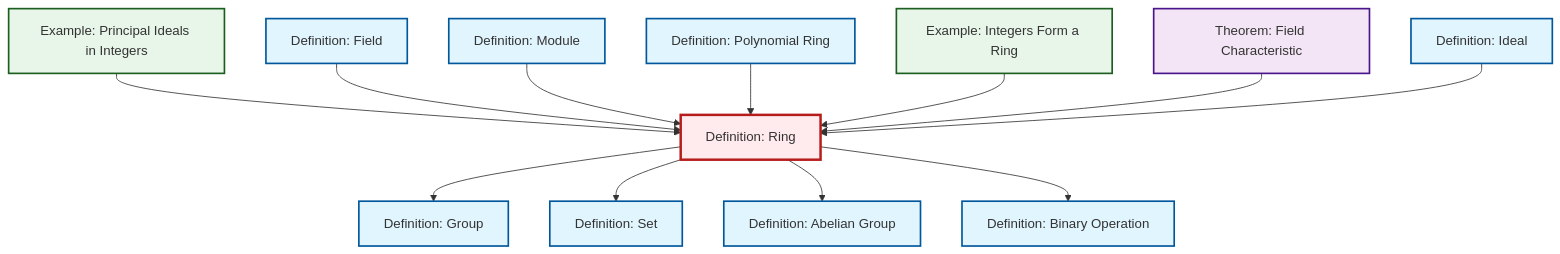
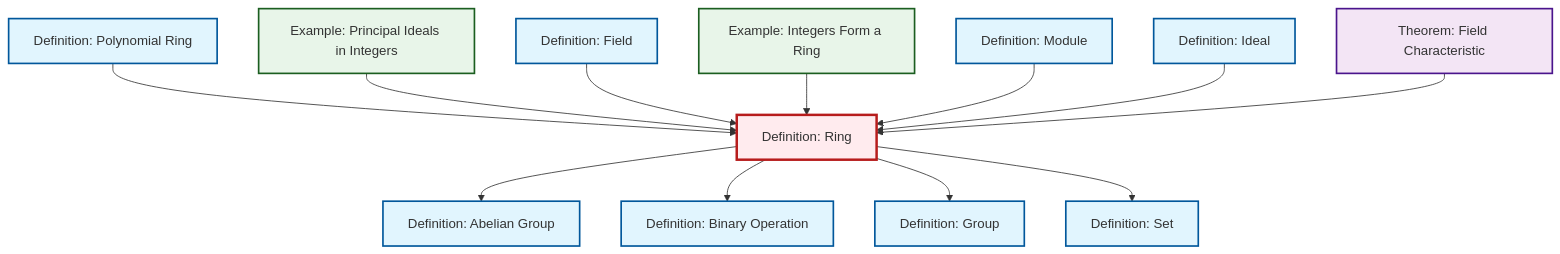
Before and after one commit to RK0429/ModernMath: the diagram in content/ja/algebra/def-ring.qmd, drawn with Mermaid. The commit also changed other lines of this file and 491 other files, not shown here.

````diff
--- a/content/ja/algebra/def-ring.qmd
+++ b/content/ja/algebra/def-ring.qmd
@@ -62,44 +62,44 @@
 ```{mermaid}
 %%| fig-cap: "Local dependency graph"
 graph TD
     classDef definition fill:#e1f5fe,stroke:#01579b,stroke-width:2px
     classDef theorem fill:#f3e5f5,stroke:#4a148c,stroke-width:2px
     classDef axiom fill:#fff3e0,stroke:#e65100,stroke-width:2px
     classDef example fill:#e8f5e9,stroke:#1b5e20,stroke-width:2px
     classDef current fill:#ffebee,stroke:#b71c1c,stroke-width:3px
-    thm-field-characteristic["Theorem: Field Characteristic"]:::theorem
-    def-polynomial-ring["Definition: Polynomial Ring"]:::definition
-    def-set["Definition: Set"]:::definition
-    def-field["Definition: Field"]:::definition
-    def-group["Definition: Group"]:::definition
-    def-ideal["Definition: Ideal"]:::definition
+    def-module["Definition: Module"]:::definition
     def-binary-operation["Definition: Binary Operation"]:::definition
     def-abelian-group["Definition: Abelian Group"]:::definition
-    def-module["Definition: Module"]:::definition
+    ex-principal-ideal["Example: Principal Ideals in Integers"]:::example
+    def-polynomial-ring["Definition: Polynomial Ring"]:::definition
+    def-group["Definition: Group"]:::definition
+    def-field["Definition: Field"]:::definition
+    def-ideal["Definition: Ideal"]:::definition
+    def-ring["Definition: Ring"]:::definition
+    def-set["Definition: Set"]:::definition
     ex-integers-ring["Example: Integers Form a Ring"]:::example
-    def-ring["Definition: Ring"]:::definition
-    ex-principal-ideal["Example: Principal Ideals in Integers"]:::example
+    thm-field-characteristic["Theorem: Field Characteristic"]:::theorem
+    def-ring --> def-abelian-group
+    def-polynomial-ring --> def-ring
     ex-principal-ideal --> def-ring
+    def-ring --> def-binary-operation
     def-field --> def-ring
+    ex-integers-ring --> def-ring
     def-module --> def-ring
     def-ring --> def-group
+    def-ideal --> def-ring
+    thm-field-characteristic --> def-ring
     def-ring --> def-set
-    def-ring --> def-abelian-group
-    def-ring --> def-binary-operation
-    def-polynomial-ring --> def-ring
-    ex-integers-ring --> def-ring
-    thm-field-characteristic --> def-ring
-    def-ideal --> def-ring
     class def-ring current
-    click thm-field-characteristic "thm-field-characteristic.html" "Theorem: Field Characteristicへ"
-    click def-polynomial-ring "def-polynomial-ring.html" "Definition: Polynomial Ringへ"
-    click def-set "def-set.html" "Definition: Setへ"
-    click def-field "def-field.html" "Definition: Fieldへ"
-    click def-group "def-group.html" "Definition: Groupへ"
-    click def-ideal "def-ideal.html" "Definition: Idealへ"
+    click def-module "def-module.html" "Definition: Moduleへ"
     click def-binary-operation "def-binary-operation.html" "Definition: Binary Operationへ"
     click def-abelian-group "def-abelian-group.html" "Definition: Abelian Groupへ"
-    click def-module "def-module.html" "Definition: Moduleへ"
+    click ex-principal-ideal "ex-principal-ideal.html" "Example: Principal Ideals in Integersへ"
+    click def-polynomial-ring "def-polynomial-ring.html" "Definition: Polynomial Ringへ"
+    click def-group "def-group.html" "Definition: Groupへ"
+    click def-field "def-field.html" "Definition: Fieldへ"
+    click def-ideal "def-ideal.html" "Definition: Idealへ"
+    click def-set "def-set.html" "Definition: Setへ"
     click ex-integers-ring "ex-integers-ring.html" "Example: Integers Form a Ringへ"
-    click ex-principal-ideal "ex-principal-ideal.html" "Example: Principal Ideals in Integersへ"
+    click thm-field-characteristic "thm-field-characteristic.html" "Theorem: Field Characteristicへ"
 ```
````
